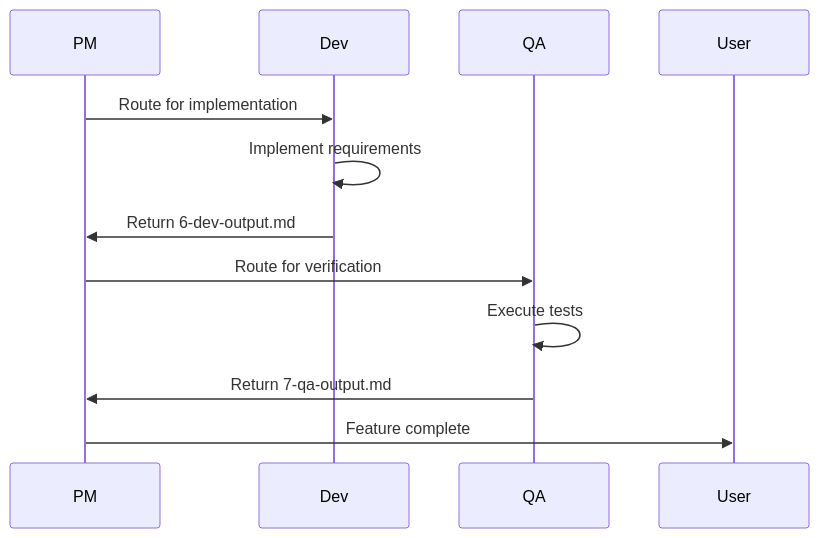
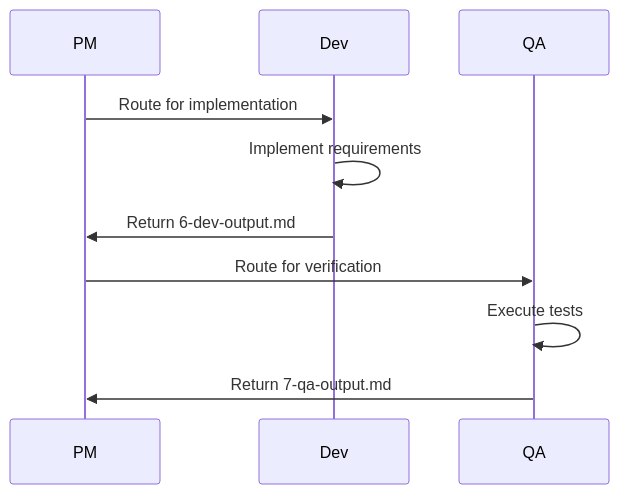
Before and after one commit to Nine-Sigma/specflow: the ninth of 10 diagrams in site/pages/architecture.mdx, drawn with Mermaid. The commit also changed other lines of this file, not shown here.

Commit message:
docs: add Review stage to architecture page

````diff
--- a/site/pages/architecture.mdx
+++ b/site/pages/architecture.mdx
@@ -222,10 +227,9 @@
 ```mermaid
 sequenceDiagram
     PM->>Dev: Route for implementation
     Dev->>Dev: Implement requirements
     Dev->>PM: Return 6-dev-output.md
     PM->>QA: Route for verification
     QA->>QA: Execute tests
     QA->>PM: Return 7-qa-output.md
-    PM->>User: Feature complete
 ```
````
